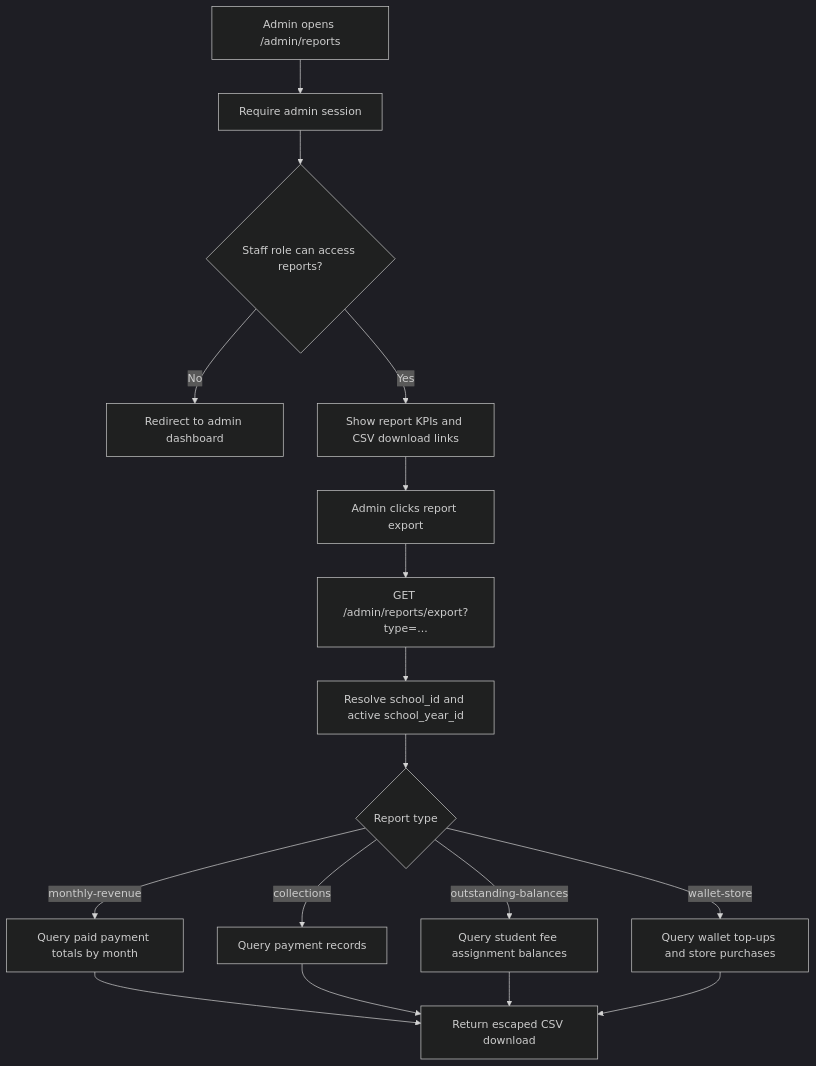
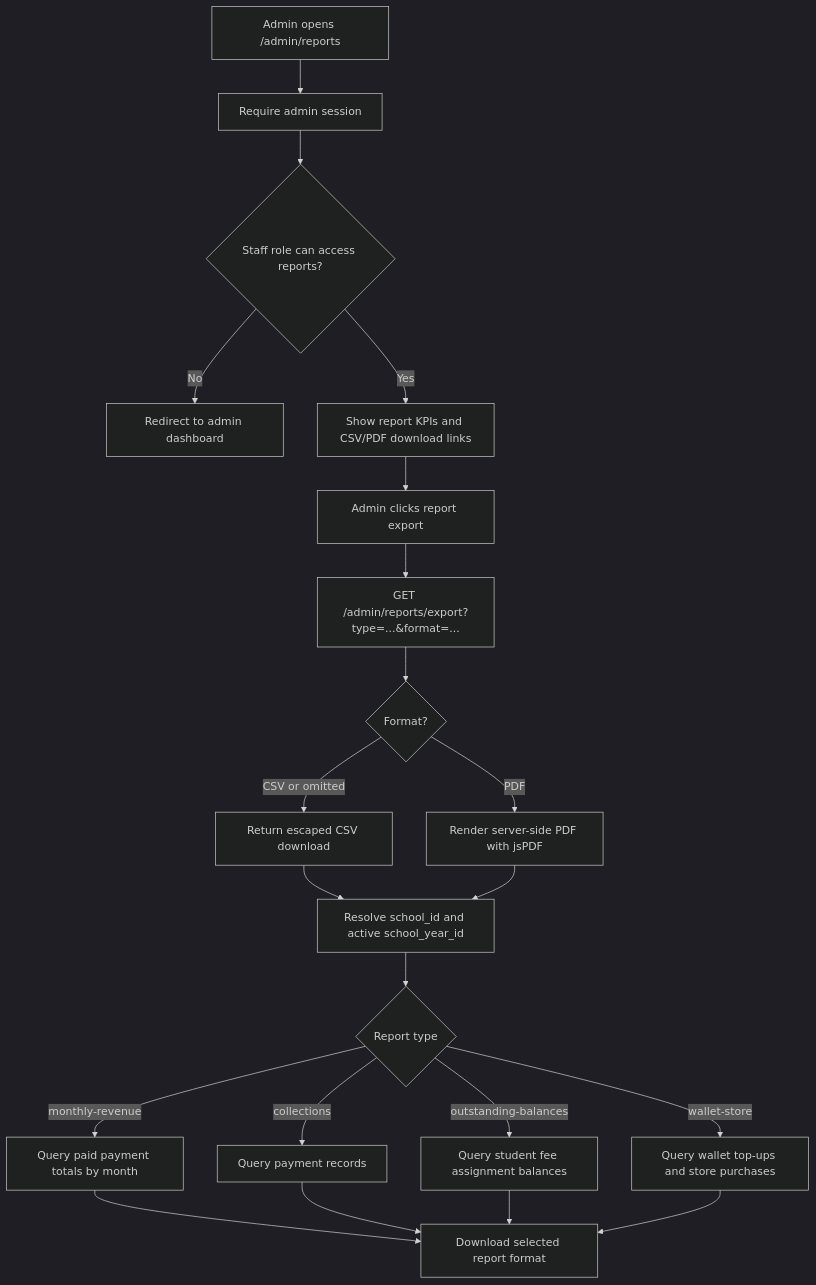
Diagram 15 of 16 in docs/PROJECT_FLOWCHARTS.md (Xeyn19/xmetapay), drawn with Mermaid (dark theme) before and after one commit. The commit also changed other lines of this file and 31 other files, not shown here.

````diff
--- a/docs/PROJECT_FLOWCHARTS.md
+++ b/docs/PROJECT_FLOWCHARTS.md
@@ -491,19 +492,23 @@
 ```mermaid
 flowchart TD
   A["Admin opens /admin/reports"] --> B["Require admin session"]
   B --> C{"Staff role can access reports?"}
   C -->|No| D["Redirect to admin dashboard"]
-  C -->|Yes| E["Show report KPIs and CSV download links"]
+  C -->|Yes| E["Show report KPIs and CSV/PDF download links"]
   E --> F["Admin clicks report export"]
-  F --> G["GET /admin/reports/export?type=..."]
-  G --> H["Resolve school_id and active school_year_id"]
-  H --> I{"Report type"}
-  I -->|monthly-revenue| J["Query paid payment totals by month"]
-  I -->|collections| K["Query payment records"]
-  I -->|outstanding-balances| L["Query student fee assignment balances"]
-  I -->|wallet-store| M["Query wallet top-ups and store purchases"]
-  J --> N["Return escaped CSV download"]
-  K --> N
-  L --> N
-  M --> N
+  F --> G["GET /admin/reports/export?type=...&format=..."]
+  G --> H{"Format?"}
+  H -->|CSV or omitted| I["Return escaped CSV download"]
+  H -->|PDF| J["Render server-side PDF with jsPDF"]
+  I --> K["Resolve school_id and active school_year_id"]
+  J --> K
+  K --> L{"Report type"}
+  L -->|monthly-revenue| M["Query paid payment totals by month"]
+  L -->|collections| N["Query payment records"]
+  L -->|outstanding-balances| O["Query student fee assignment balances"]
+  L -->|wallet-store| P["Query wallet top-ups and store purchases"]
+  M --> Q["Download selected report format"]
+  N --> Q
+  O --> Q
+  P --> Q
 ```
````
